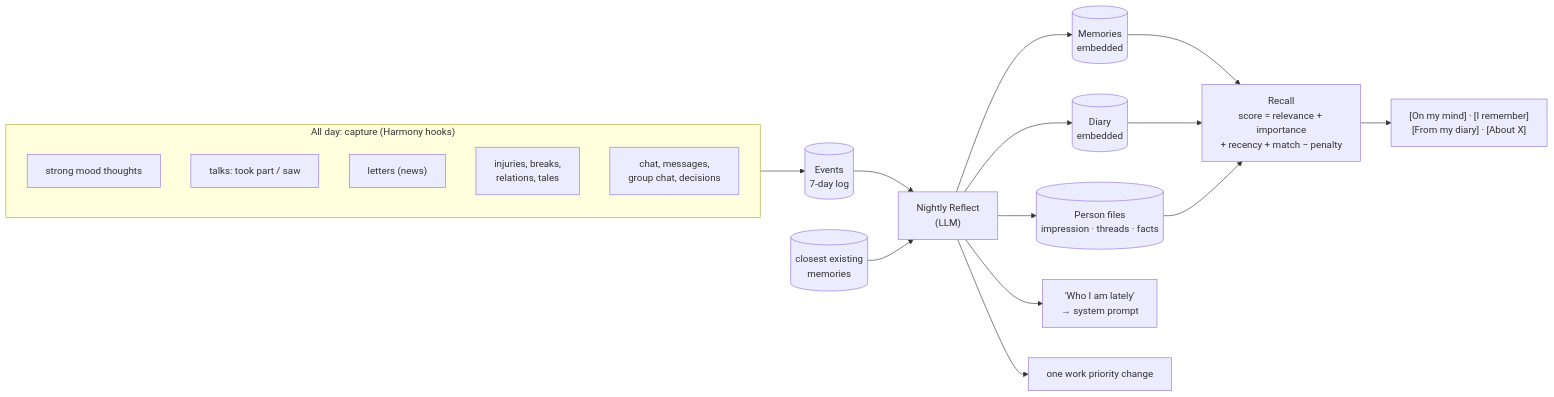
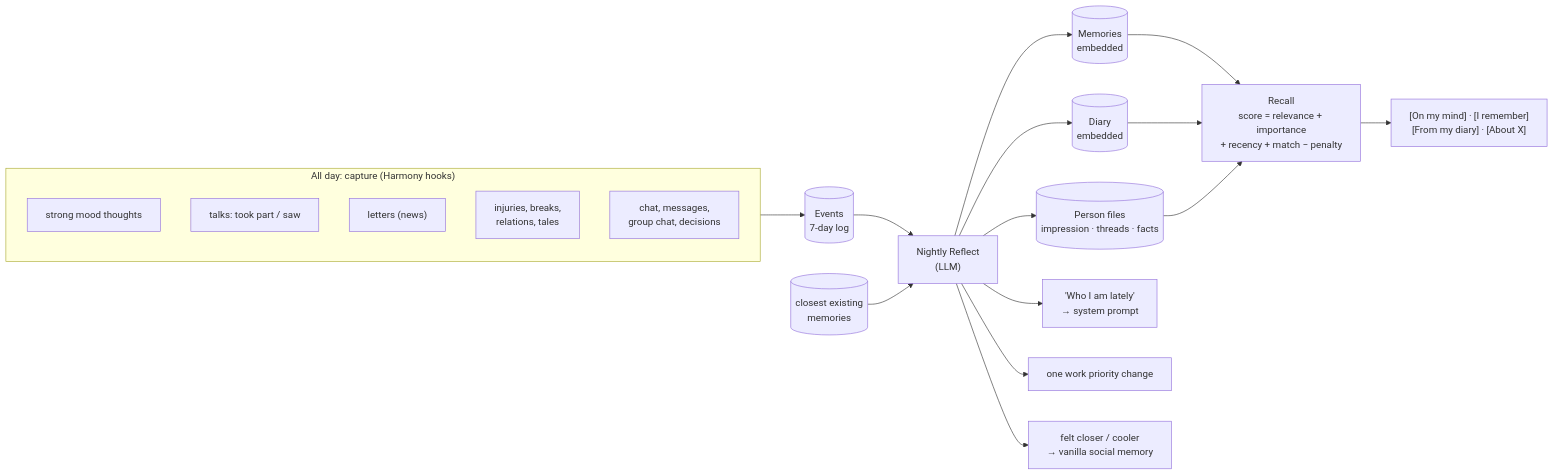
Before and after one commit to ManuelPDM/RimAIFriend: the fourth of 9 diagrams in README.md, drawn with Mermaid. The commit also changed other lines of this file and 26 other files, not shown here.

````diff
--- a/README.md
+++ b/README.md
@@ -324,20 +323,21 @@
 ```mermaid
 flowchart LR
     subgraph Capture["All day: capture (Harmony hooks)"]
         E1["strong mood thoughts"]
         E2["talks: took part / saw"]
         E3["letters (news)"]
         E4["injuries, breaks,<br/>relations, tales"]
         E5["chat, messages,<br/>group chat, decisions"]
     end
     Capture --> Ev[("Events<br/>7-day log")]
     Ev --> Ref["Nightly Reflect<br/>(LLM)"]
     Mem0[("closest existing<br/>memories")] --> Ref
     Ref --> Mem[("Memories<br/>embedded")]
     Ref --> Dia[("Diary<br/>embedded")]
     Ref --> Files[("Person files<br/>impression · threads · facts")]
     Ref --> Lately["'Who I am lately'<br/>→ system prompt"]
     Ref --> Work["one work priority change"]
+    Ref --> Feel["felt closer / cooler<br/>→ vanilla social memory"]
     Mem & Dia & Files --> Recall["Recall<br/>score = relevance + importance<br/>+ recency + match − penalty"]
     Recall --> Prompt["[On my mind] · [I remember]<br/>[From my diary] · [About X]"]
 ```
````
